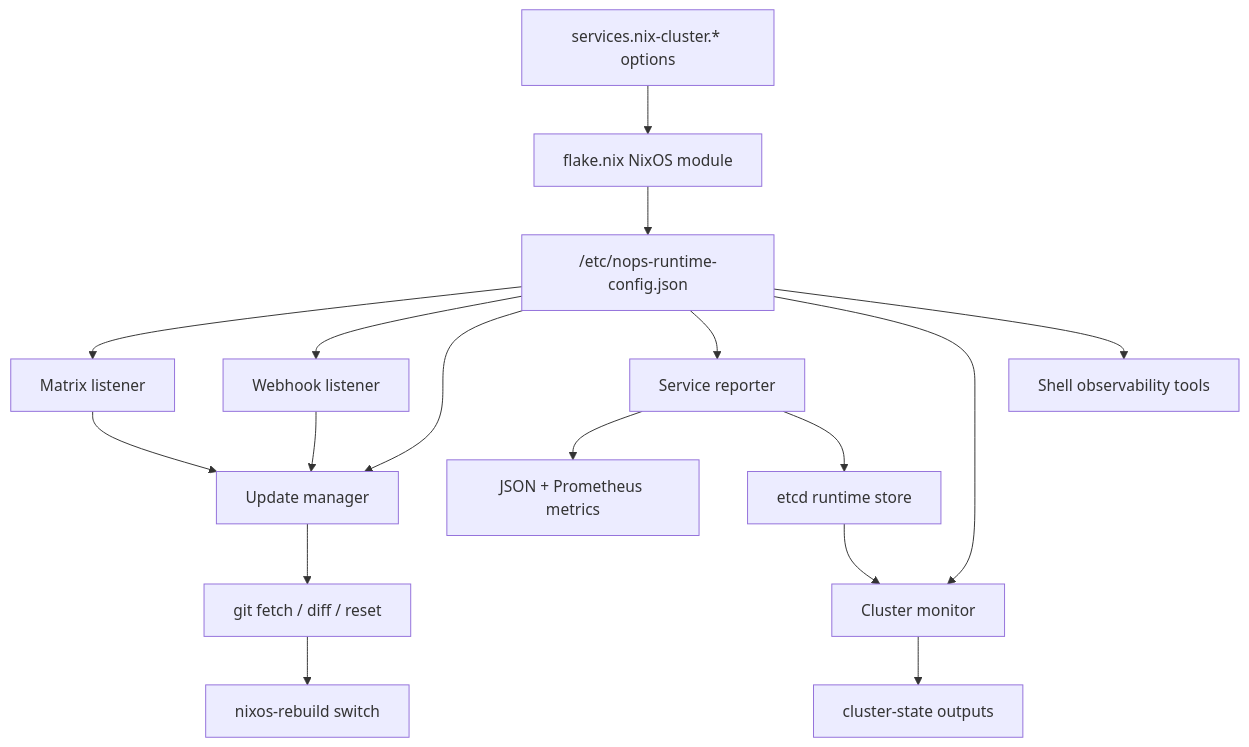
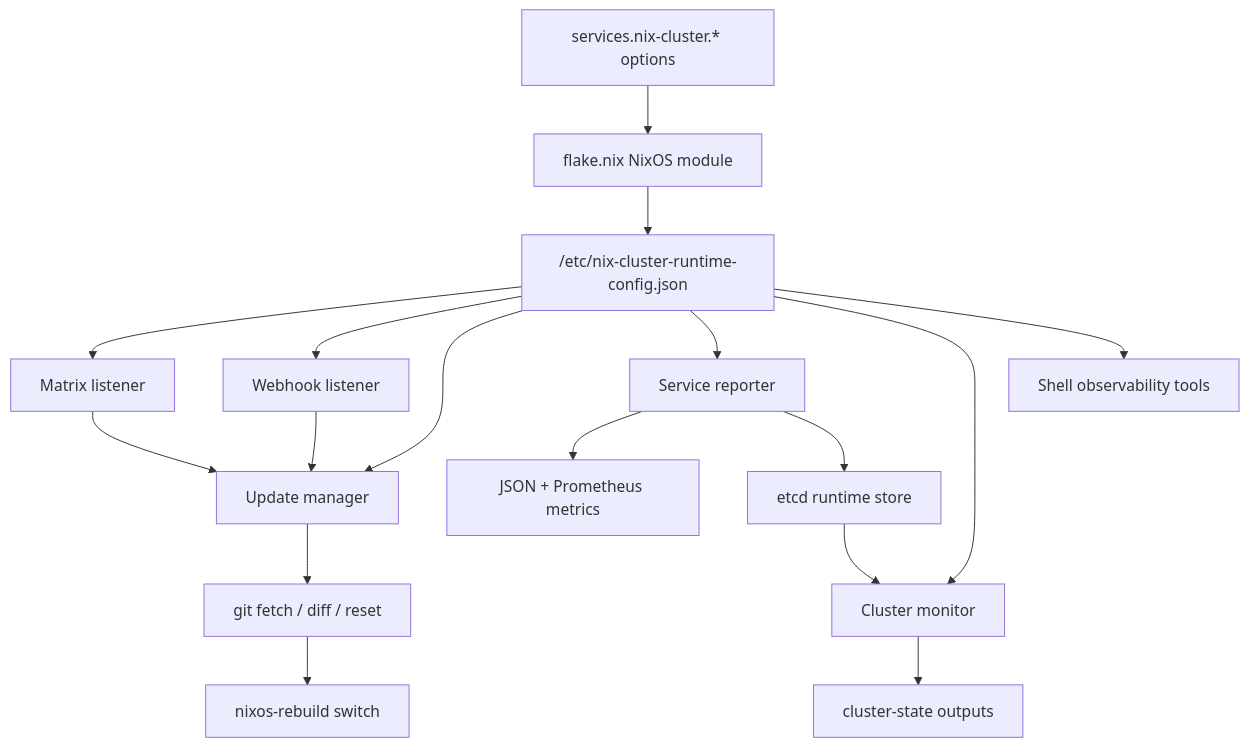
Before and after one commit to MossTeK/nix-cluster: the diagram in docs/wiki/Home.md, drawn with Mermaid. The commit also changed other lines of this file and 32 other files, not shown here.

Commit message:
chore: update nix-cluster

````diff
--- a/docs/wiki/Home.md
+++ b/docs/wiki/Home.md
@@ -54,19 +54,19 @@
 ```mermaid
 flowchart TD
     A["services.nix-cluster.* options"] --> B["flake.nix NixOS module"]
-    B --> C["/etc/nops-runtime-config.json"]
+    B --> C["/etc/nix-cluster-runtime-config.json"]
     C --> D["Matrix listener"]
     C --> E["Webhook listener"]
     C --> F["Update manager"]
     C --> G["Service reporter"]
     C --> H["Cluster monitor"]
     C --> I["Shell observability tools"]
     D --> F
     E --> F
     F --> J["git fetch / diff / reset"]
     J --> K["nixos-rebuild switch"]
     G --> L["JSON + Prometheus metrics"]
     G --> M["etcd runtime store"]
     M --> H
     H --> N["cluster-state outputs"]
 ```
````
